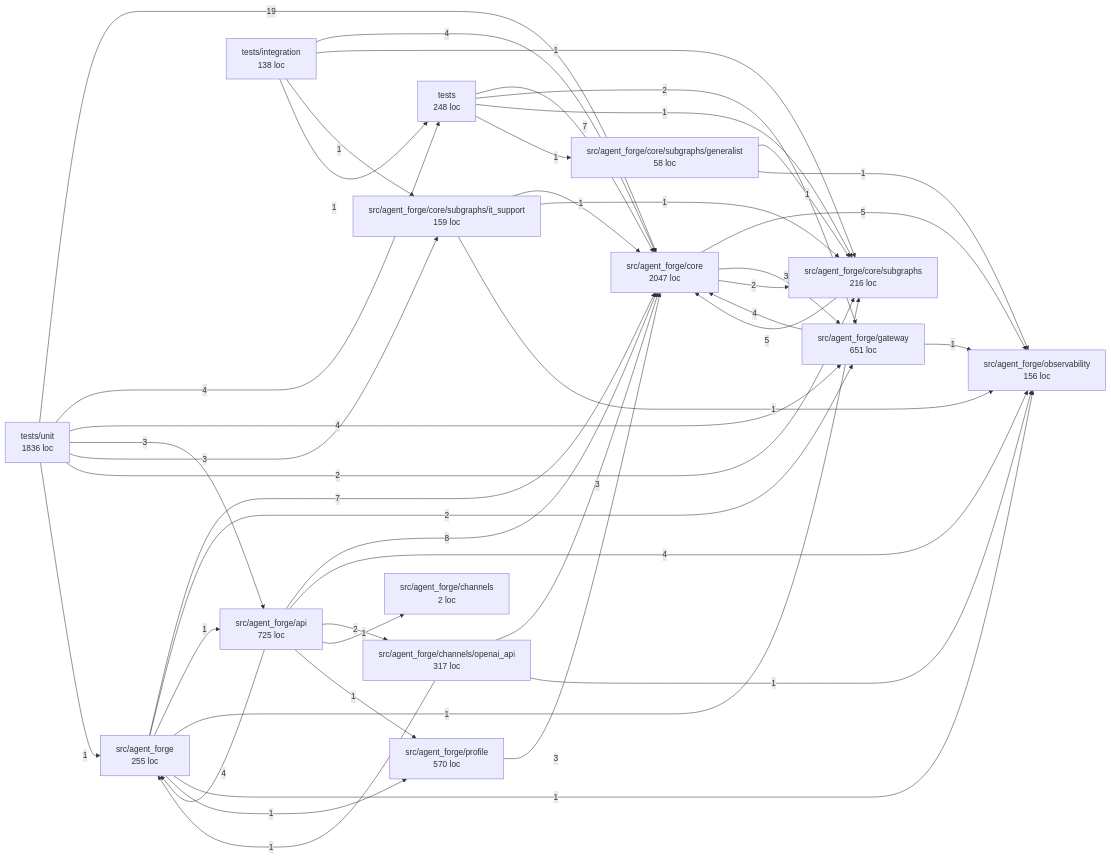
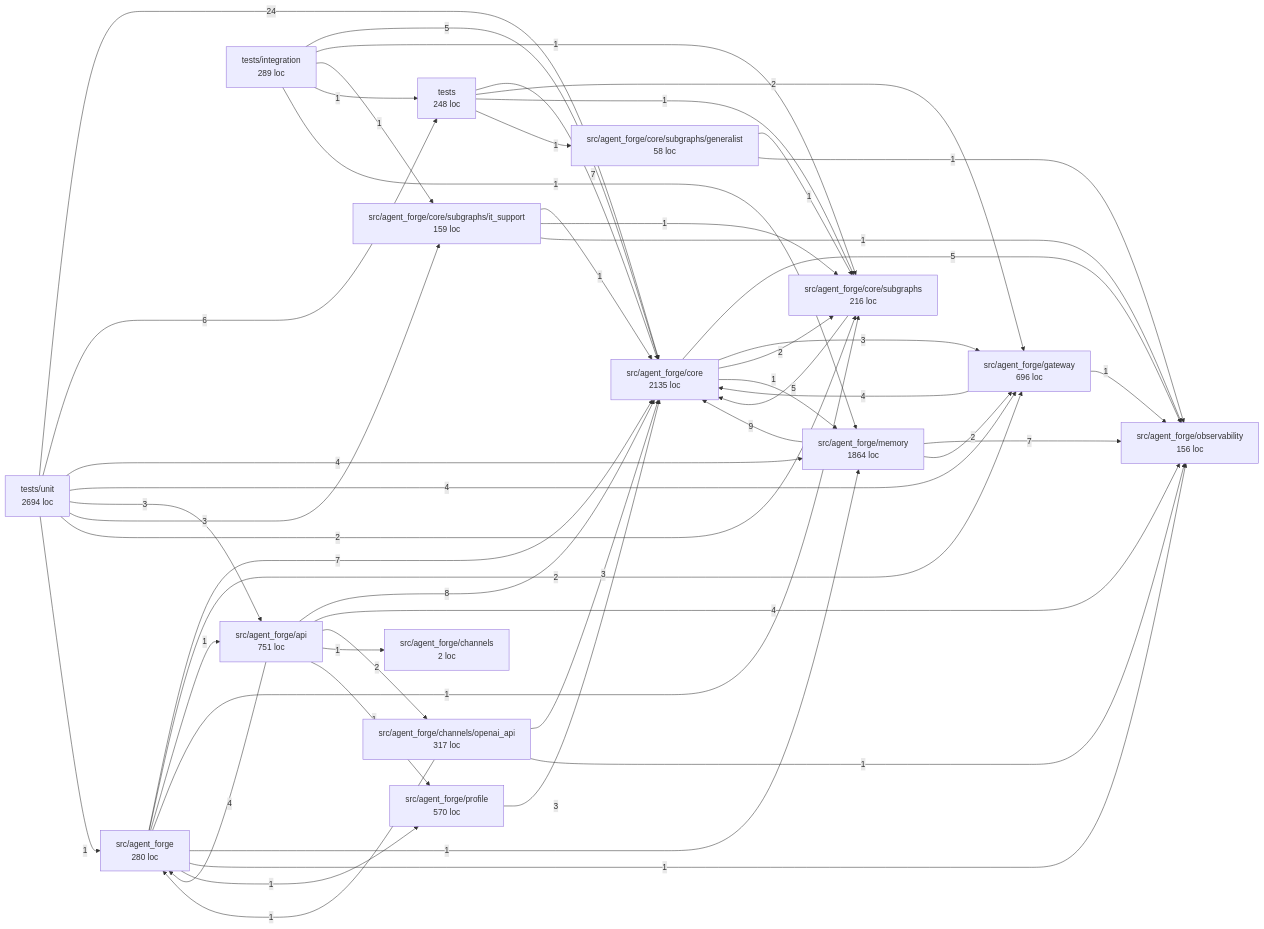
Before and after one commit to LfJohnVo/aiforge: the diagram in docs/REPO_MAP.md, drawn with Mermaid. The commit also changed other lines of this file and 22 other files, not shown here.

First line of the commit message:
feat(memory): four-layer agent memory with scrubbing and a real forget path (F2)

````diff
--- a/docs/REPO_MAP.md
+++ b/docs/REPO_MAP.md
@@ -15,59 +15,67 @@
 ```mermaid
 flowchart LR
-  src_agent_forge["src/agent_forge<br/>255 loc"]
-  src_agent_forge_api["src/agent_forge/api<br/>725 loc"]
+  src_agent_forge["src/agent_forge<br/>280 loc"]
+  src_agent_forge_api["src/agent_forge/api<br/>751 loc"]
   src_agent_forge_channels["src/agent_forge/channels<br/>2 loc"]
   src_agent_forge_channels_openai_api["src/agent_forge/channels/openai_api<br/>317 loc"]
-  src_agent_forge_core["src/agent_forge/core<br/>2047 loc"]
+  src_agent_forge_core["src/agent_forge/core<br/>2135 loc"]
   src_agent_forge_core_subgraphs["src/agent_forge/core/subgraphs<br/>216 loc"]
   src_agent_forge_core_subgraphs_generalist["src/agent_forge/core/subgraphs/generalist<br/>58 loc"]
   src_agent_forge_core_subgraphs_it_support["src/agent_forge/core/subgraphs/it_support<br/>159 loc"]
-  src_agent_forge_gateway["src/agent_forge/gateway<br/>651 loc"]
+  src_agent_forge_gateway["src/agent_forge/gateway<br/>696 loc"]
+  src_agent_forge_memory["src/agent_forge/memory<br/>1864 loc"]
   src_agent_forge_observability["src/agent_forge/observability<br/>156 loc"]
   src_agent_forge_profile["src/agent_forge/profile<br/>570 loc"]
   tests["tests<br/>248 loc"]
-  tests_integration["tests/integration<br/>138 loc"]
-  tests_unit["tests/unit<br/>1836 loc"]
-  tests_unit -->|19| src_agent_forge_core
+  tests_integration["tests/integration<br/>289 loc"]
+  tests_unit["tests/unit<br/>2694 loc"]
+  tests_unit -->|24| src_agent_forge_core
+  src_agent_forge_memory -->|9| src_agent_forge_core
   src_agent_forge_api -->|8| src_agent_forge_core
+  src_agent_forge_memory -->|7| src_agent_forge_observability
   src_agent_forge -->|7| src_agent_forge_core
   tests -->|7| src_agent_forge_core
+  tests_unit -->|6| tests
   src_agent_forge_core -->|5| src_agent_forge_observability
   src_agent_forge_core_subgraphs -->|5| src_agent_forge_core
+  tests_integration -->|5| src_agent_forge_core
   src_agent_forge_api -->|4| src_agent_forge_observability
   src_agent_forge_api -->|4| src_agent_forge
   src_agent_forge_gateway -->|4| src_agent_forge_core
-  tests_integration -->|4| src_agent_forge_core
-  tests_unit -->|4| tests
+  tests_unit -->|4| src_agent_forge_memory
   tests_unit -->|4| src_agent_forge_gateway
   src_agent_forge_channels_openai_api -->|3| src_agent_forge_core
   src_agent_forge_core -->|3| src_agent_forge_gateway
   src_agent_forge_profile -->|3| src_agent_forge_core
   tests_unit -->|3| src_agent_forge_api
   tests_unit -->|3| src_agent_forge_core_subgraphs_it_support
   src_agent_forge_api -->|2| src_agent_forge_channels_openai_api
   src_agent_forge_core -->|2| src_agent_forge_core_subgraphs
+  src_agent_forge_memory -->|2| src_agent_forge_gateway
   src_agent_forge -->|2| src_agent_forge_gateway
   tests -->|2| src_agent_forge_gateway
   tests_unit -->|2| src_agent_forge_core_subgraphs
   src_agent_forge_api -->|1| src_agent_forge_channels
   src_agent_forge_api -->|1| src_agent_forge_profile
   src_agent_forge_channels_openai_api -->|1| src_agent_forge_observability
   src_agent_forge_channels_openai_api -->|1| src_agent_forge
+  src_agent_forge_core -->|1| src_agent_forge_memory
   src_agent_forge_core_subgraphs_generalist -->|1| src_agent_forge_core_subgraphs
   src_agent_forge_core_subgraphs_generalist -->|1| src_agent_forge_observability
   src_agent_forge_core_subgraphs_it_support -->|1| src_agent_forge_core
   src_agent_forge_core_subgraphs_it_support -->|1| src_agent_forge_core_subgraphs
   src_agent_forge_core_subgraphs_it_support -->|1| src_agent_forge_observability
   src_agent_forge_gateway -->|1| src_agent_forge_observability
   src_agent_forge -->|1| src_agent_forge_api
   src_agent_forge -->|1| src_agent_forge_core_subgraphs
+  src_agent_forge -->|1| src_agent_forge_memory
   src_agent_forge -->|1| src_agent_forge_observability
   src_agent_forge -->|1| src_agent_forge_profile
   tests_integration -->|1| src_agent_forge_core_subgraphs
   tests_integration -->|1| src_agent_forge_core_subgraphs_it_support
   tests_integration -->|1| tests
+  tests_integration -->|1| src_agent_forge_memory
   tests -->|1| src_agent_forge_core_subgraphs
   tests -->|1| src_agent_forge_core_subgraphs_generalist
   tests_unit -->|1| src_agent_forge
 ```
````
